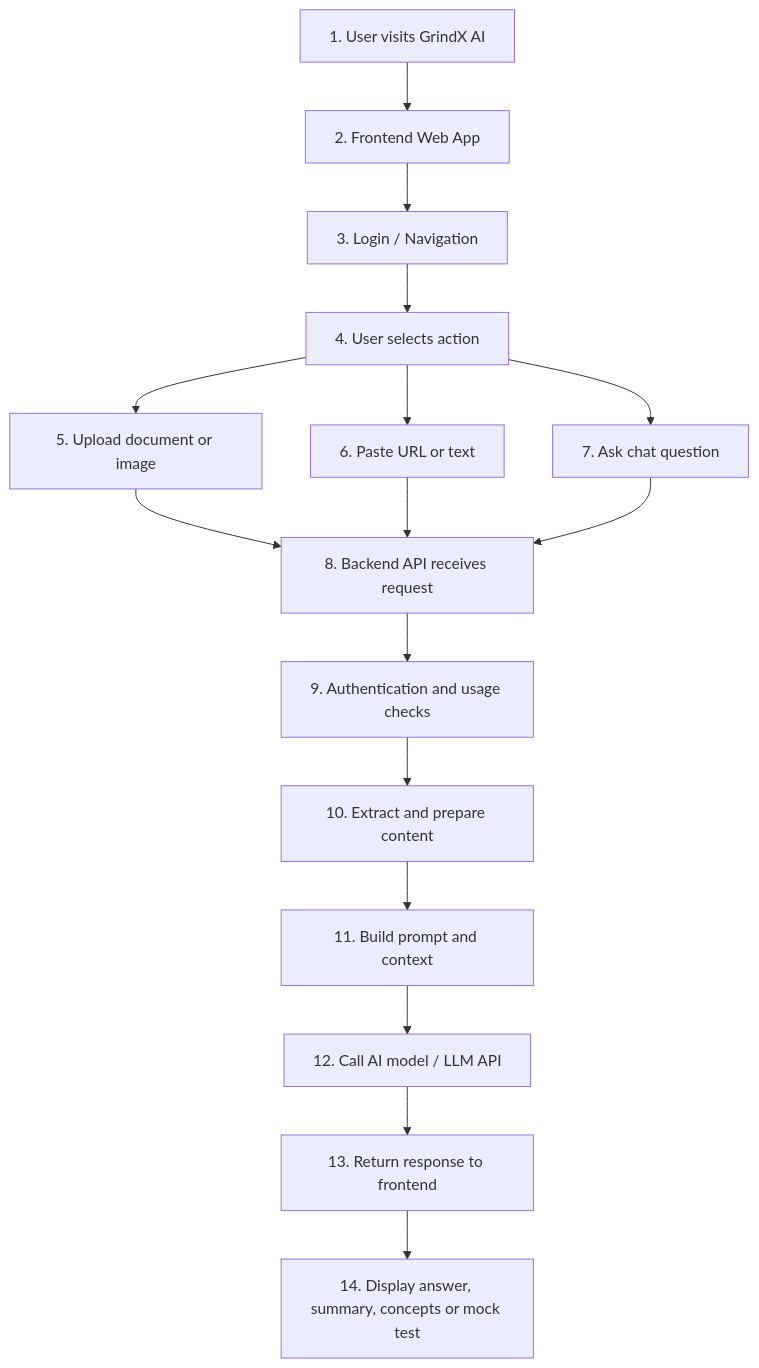
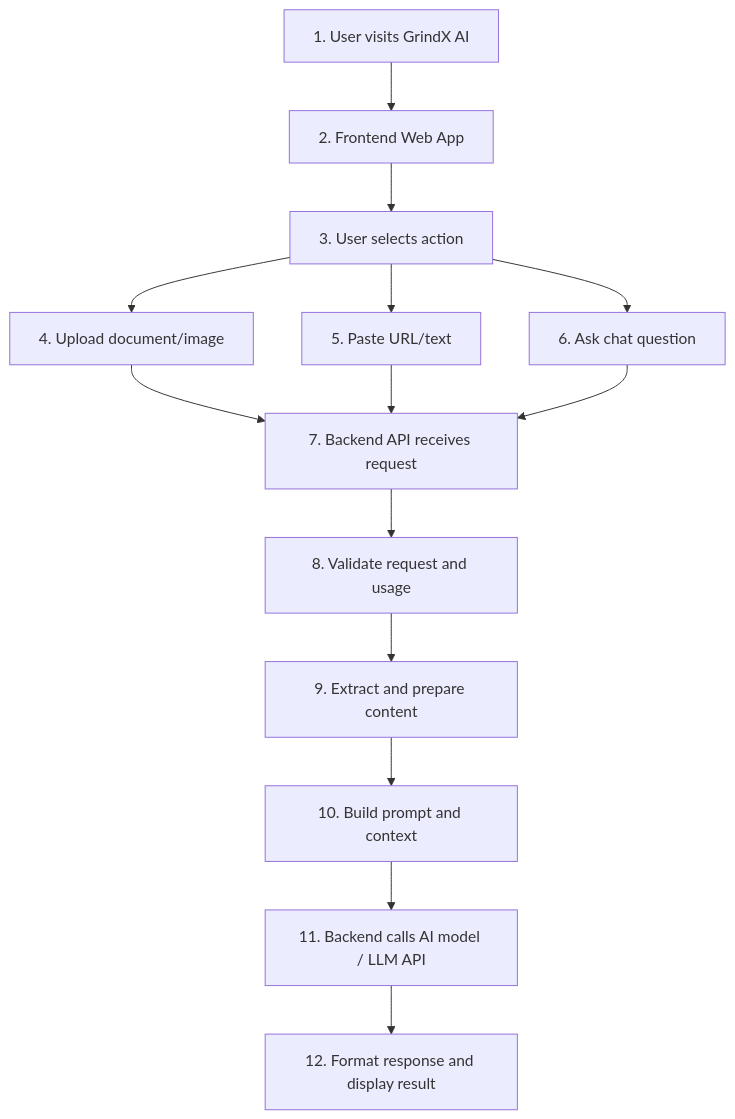
Before and after one commit to shriniwas121/GrindX-AI: the diagram in ARCHITECTURE.md, drawn with Mermaid. The commit also changed other lines of this file, not shown here.

First line of the commit message:
Revise architecture documentation for clarity

````diff
--- a/ARCHITECTURE.md
+++ b/ARCHITECTURE.md
@@ -15,21 +15,19 @@
 ```mermaid
 flowchart TD
     A[1. User visits GrindX AI] --> B[2. Frontend Web App]
-    B --> C[3. Login / Navigation]
-    C --> D[4. User selects action]
+    B --> C[3. User selects action]
 
-    D --> E[5. Upload document or image]
-    D --> F[6. Paste URL or text]
-    D --> G[7. Ask chat question]
+    C --> D[4. Upload document/image]
+    C --> E[5. Paste URL/text]
+    C --> F[6. Ask chat question]
 
-    E --> H[8. Backend API receives request]
-    F --> H
-    G --> H
+    D --> G[7. Backend API receives request]
+    E --> G
+    F --> G
 
-    H --> I[9. Authentication and usage checks]
-    I --> J[10. Extract and prepare content]
-    J --> K[11. Build prompt and context]
-    K --> L[12. Call AI model / LLM API]
-    L --> M[13. Return response to frontend]
-    M --> N[14. Display answer, summary, concepts or mock test]
+    G --> H[8. Validate request and usage]
+    H --> I[9. Extract and prepare content]
+    I --> J[10. Build prompt and context]
+    J --> K[11. Backend calls AI model / LLM API]
+    K --> L[12. Format response and display result]
 ```
````
